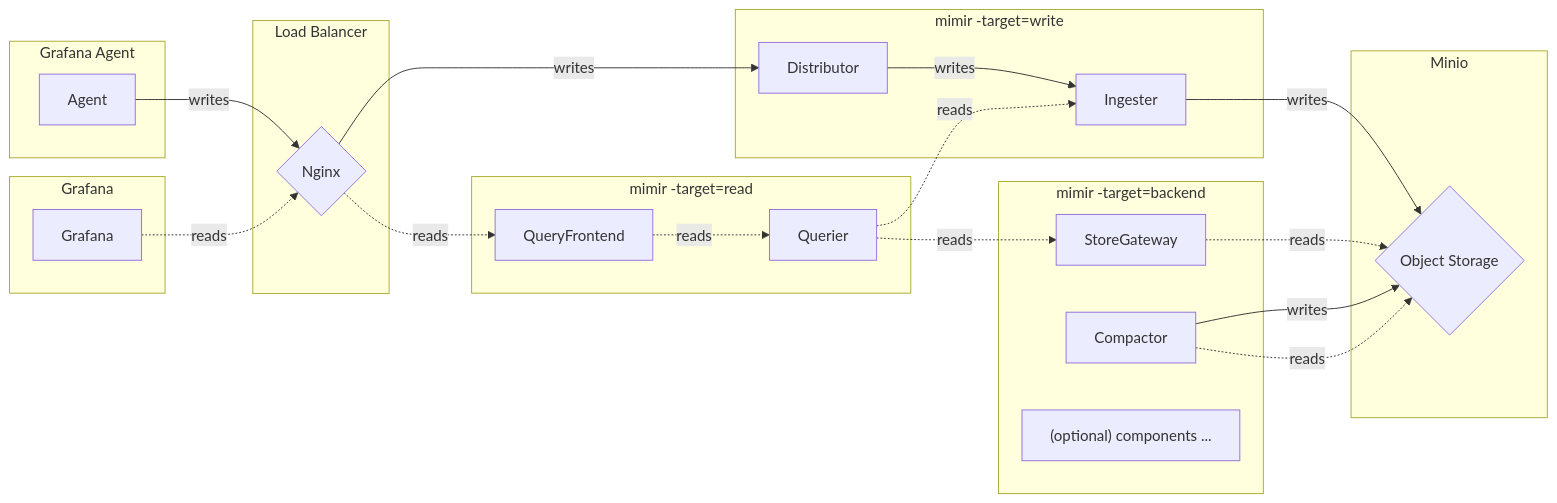
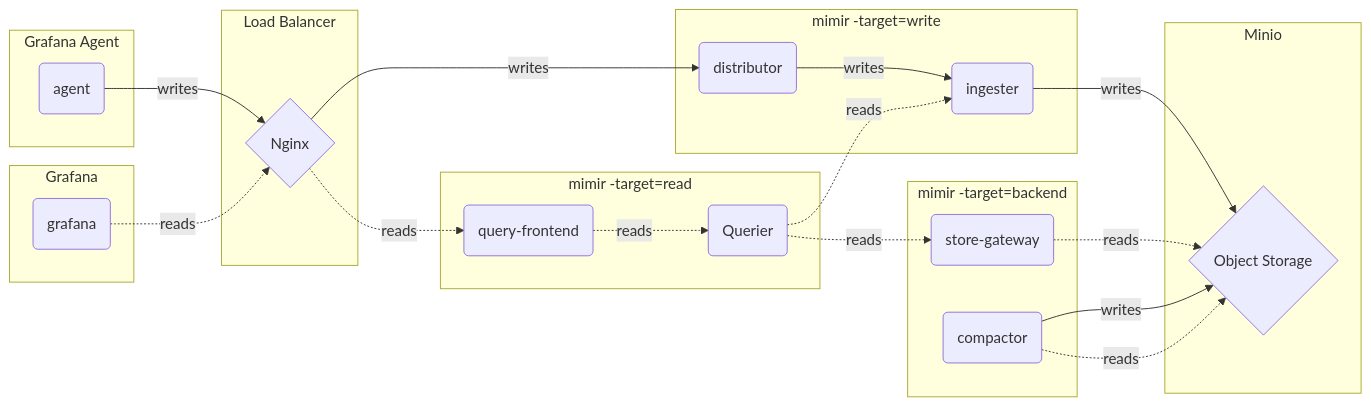
Before and after one commit to qclaogui/codelab-monitoring: the diagram in docker-compose/read-write-mode/metrics/README.md, drawn with Mermaid. The commit also changed 5 other files, not shown here.

Commit message:
Flowchart code clean

````diff
--- a/docker-compose/read-write-mode/metrics/README.md
+++ b/docker-compose/read-write-mode/metrics/README.md
@@ -27,39 +27,36 @@
 ```mermaid
 flowchart LR
-    Agent   --> |writes| Nginx --> |writes| Distributor   --> |writes| Ingester -->|writes| ObjectStorage
-    Grafana -.->|reads | Nginx -.->|reads | QueryFrontend -.->|reads | Querier -.->|reads | StoreGateway -.->|reads| ObjectStorage
+    A  -->|writes| GW  -->|writes| D   -->|writes| I  -->|writes| M
+    G -.->|reads | GW -.->|reads | QF -.->|reads | Q -.->|reads | SG -.->|reads| M
 
     subgraph Minio
-        ObjectStorage{"Object Storage"}
+        M{"Object Storage"}
     end
-
-    subgraph GrafanaAgent["Grafana Agent"]
-        Agent
+    subgraph Agent["Grafana Agent"]
+        A("agent")
     end
-
-    subgraph GFGraph["Grafana"]
-        Grafana
+    subgraph Grafana
+        G("grafana")
     end
-
-    subgraph GateWay["Load Balancer"]
-        Nginx{"Nginx"}
+    subgraph Gateway["Load Balancer"]
+        GW{"Nginx"}
     end
 
     subgraph MimirWrite["mimir -target=write"]
-        Ingester
-        Distributor
+        D("distributor")
+        I("ingester")
     end
 
     subgraph MimirBackend["mimir -target=backend"]
-        StoreGateway
-        Compactor --> |writes| ObjectStorage
-        Compactor -.->|reads | ObjectStorage
-
-        Optional["(optional) components ..."]
+        SG("store-gateway")
+        C("compactor")
+        
+        C  -->|writes| M
+        C -.->|reads | M
     end
 
     subgraph MimirRead["mimir -target=read"]
-        Querier -.->|reads| Ingester
-        QueryFrontend
+        Q("Querier") -.->|reads| I
+        QF("query-frontend")
     end
 ```
````
